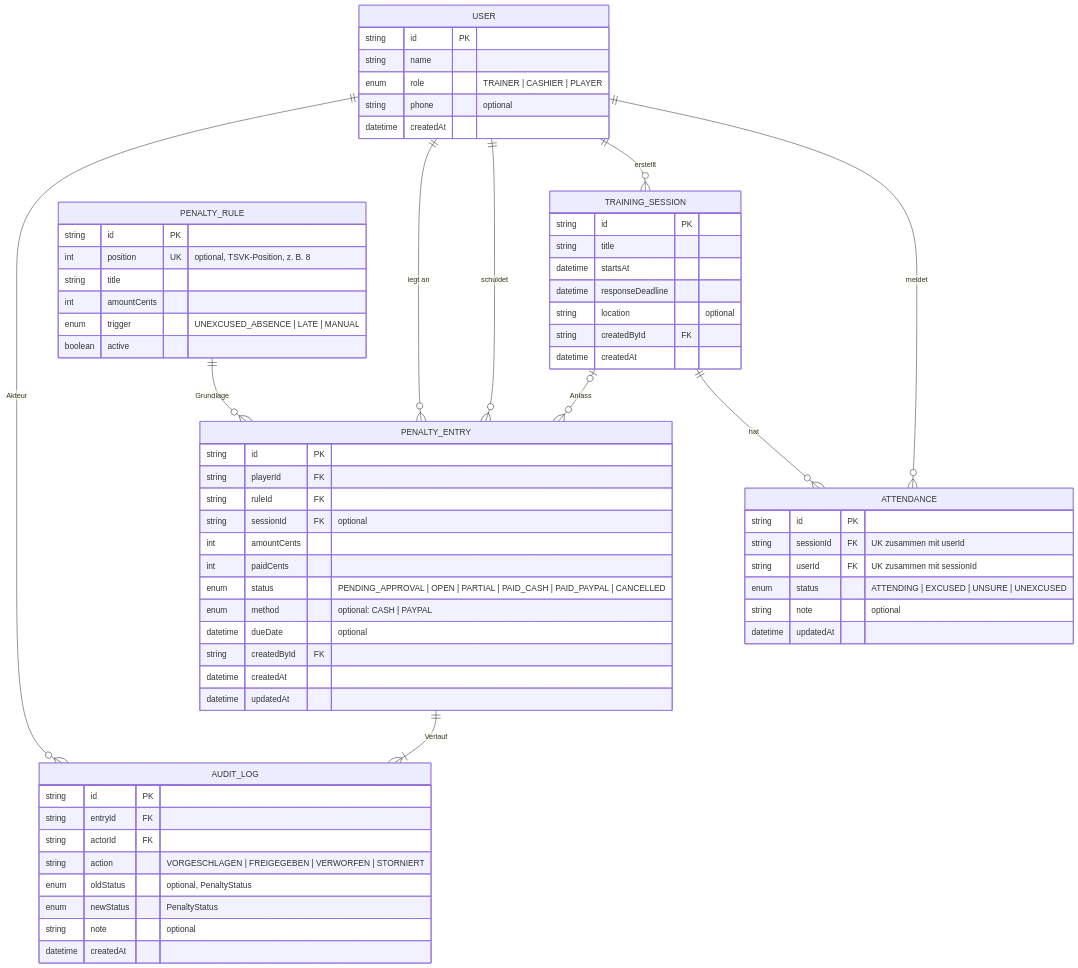
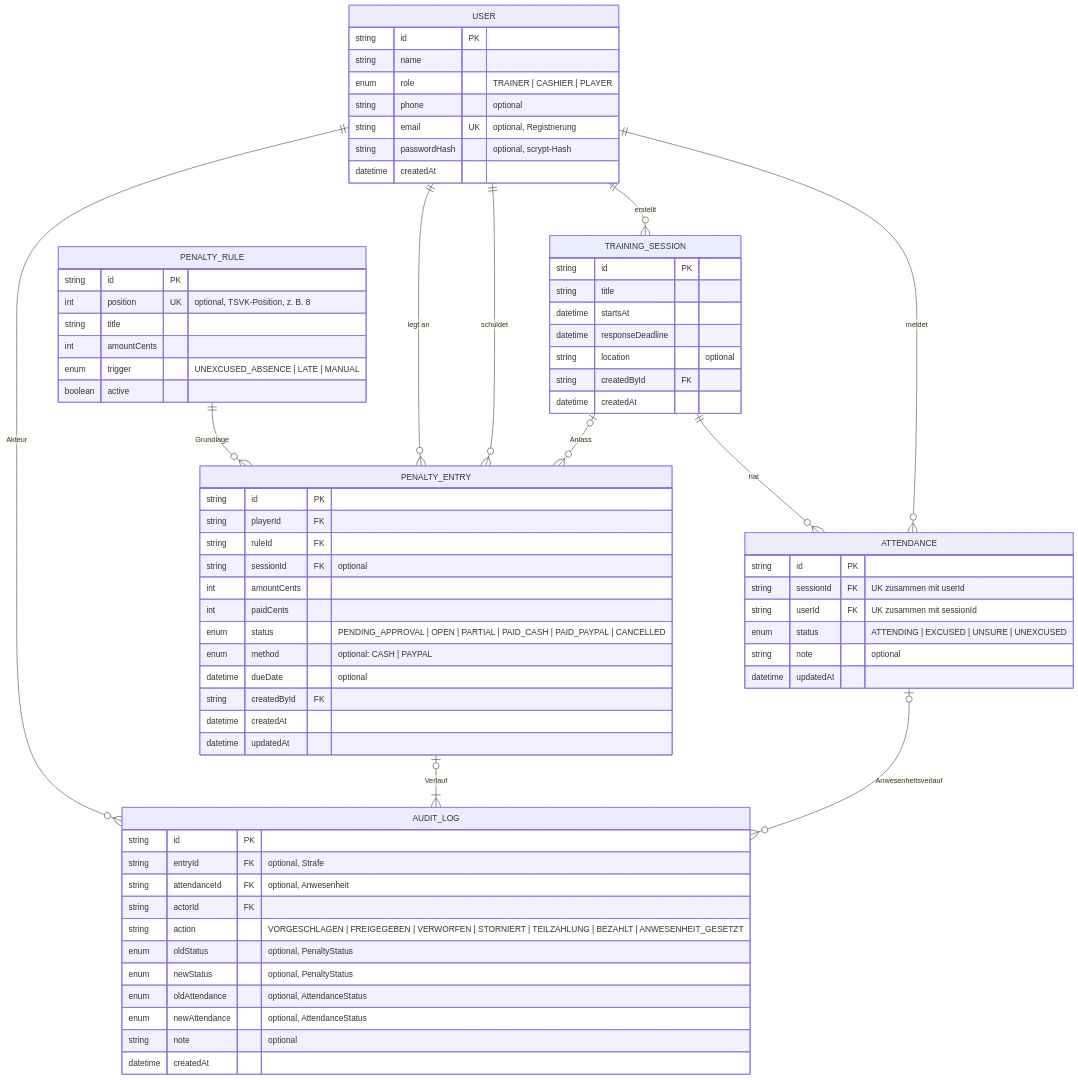
One commit to squadhq-team/squadhq-team changed the second of 2 diagrams in docs/architektur/er-modell.md. Above: the diagram before and after it, drawn with Mermaid. The commit also changed other lines of this file and 9 other files, not shown here.

First line of the commit message:
Diagramme, Namensliste, Traceability und Demo-Ablauf auf P4-Stand

````diff
--- a/docs/architektur/er-modell.md
+++ b/docs/architektur/er-modell.md
@@ -26,69 +27,75 @@
 ```mermaid
 erDiagram
   USER ||--o{ ATTENDANCE : "meldet"
   TRAINING_SESSION ||--o{ ATTENDANCE : "hat"
   USER ||--o{ TRAINING_SESSION : "erstellt"
   USER ||--o{ PENALTY_ENTRY : "schuldet"
   USER ||--o{ PENALTY_ENTRY : "legt an"
   PENALTY_RULE ||--o{ PENALTY_ENTRY : "Grundlage"
   TRAINING_SESSION |o--o{ PENALTY_ENTRY : "Anlass"
-  PENALTY_ENTRY ||--|{ AUDIT_LOG : "Verlauf"
+  PENALTY_ENTRY |o--|{ AUDIT_LOG : "Verlauf"
+  ATTENDANCE |o--o{ AUDIT_LOG : "Anwesenheitsverlauf"
   USER ||--o{ AUDIT_LOG : "Akteur"
 
   USER {
     string id PK
     string name
     enum role "TRAINER | CASHIER | PLAYER"
     string phone "optional"
+    string email UK "optional, Registrierung"
+    string passwordHash "optional, scrypt-Hash"
     datetime createdAt
   }
   TRAINING_SESSION {
     string id PK
     string title
     datetime startsAt
     datetime responseDeadline
     string location "optional"
     string createdById FK
     datetime createdAt
   }
   ATTENDANCE {
     string id PK
     string sessionId FK "UK zusammen mit userId"
     string userId FK "UK zusammen mit sessionId"
     enum status "ATTENDING | EXCUSED | UNSURE | UNEXCUSED"
     string note "optional"
     datetime updatedAt
   }
   PENALTY_RULE {
     string id PK
     int position UK "optional, TSVK-Position, z. B. 8"
     string title
     int amountCents
     enum trigger "UNEXCUSED_ABSENCE | LATE | MANUAL"
     boolean active
   }
   PENALTY_ENTRY {
     string id PK
     string playerId FK
     string ruleId FK
     string sessionId FK "optional"
     int amountCents
     int paidCents
     enum status "PENDING_APPROVAL | OPEN | PARTIAL | PAID_CASH | PAID_PAYPAL | CANCELLED"
     enum method "optional: CASH | PAYPAL"
     datetime dueDate "optional"
     string createdById FK
     datetime createdAt
     datetime updatedAt
   }
   AUDIT_LOG {
     string id PK
-    string entryId FK
+    string entryId FK "optional, Strafe"
+    string attendanceId FK "optional, Anwesenheit"
     string actorId FK
-    string action "VORGESCHLAGEN | FREIGEGEBEN | VERWORFEN | STORNIERT"
+    string action "VORGESCHLAGEN | FREIGEGEBEN | VERWORFEN | STORNIERT | TEILZAHLUNG | BEZAHLT | ANWESENHEIT_GESETZT"
     enum oldStatus "optional, PenaltyStatus"
-    enum newStatus "PenaltyStatus"
+    enum newStatus "optional, PenaltyStatus"
+    enum oldAttendance "optional, AttendanceStatus"
+    enum newAttendance "optional, AttendanceStatus"
     string note "optional"
     datetime createdAt
   }
 ```
````
